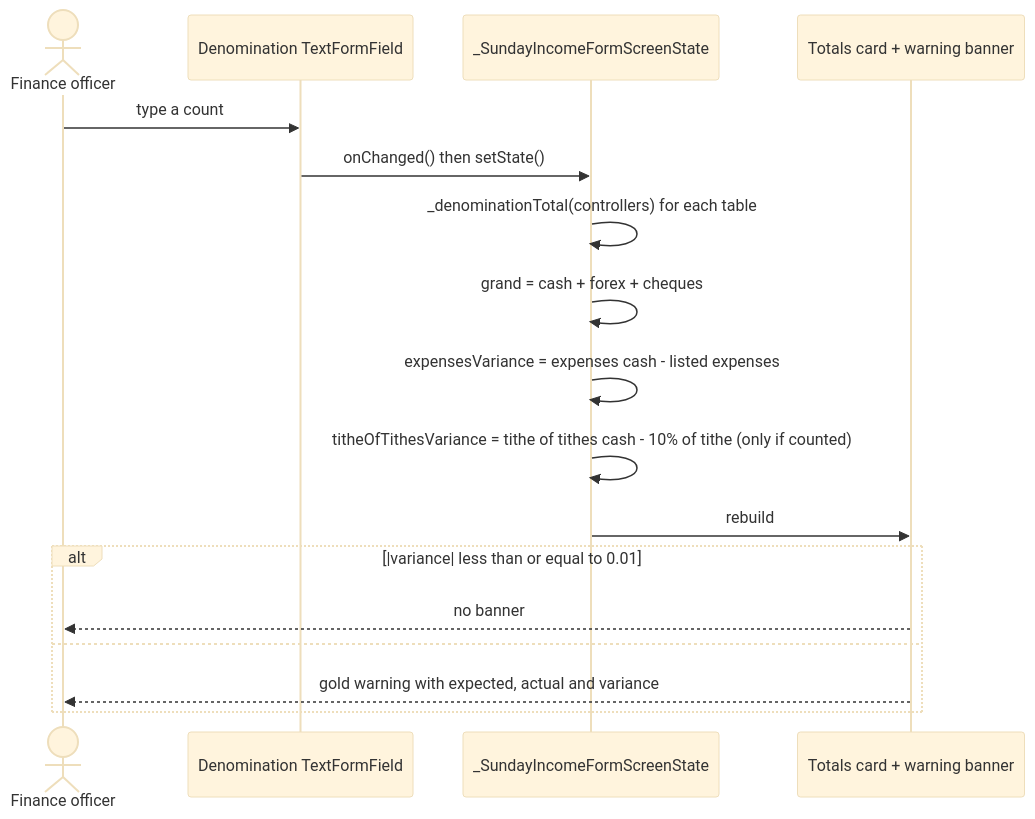
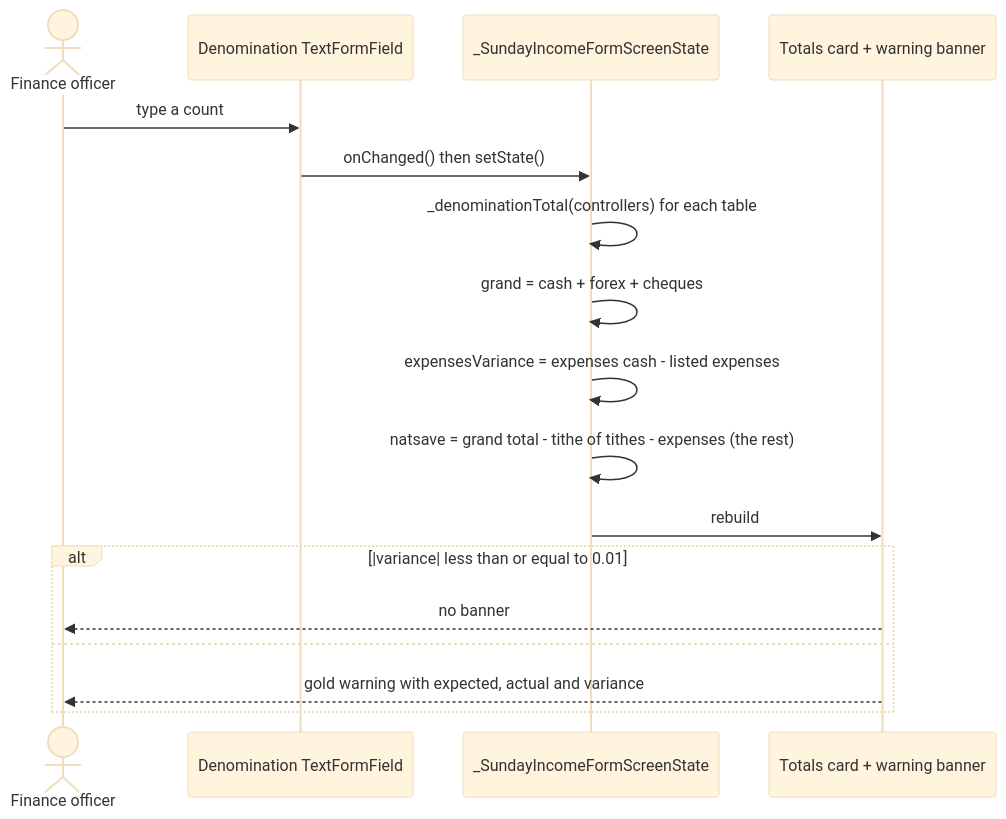
One commit to kasondebbuku-spec/Lukulu-Bread-of-Life-Church changed diagram 12 of 12 in docs/SEQUENCE_DIAGRAMS.md. Above: the diagram before and after it, drawn with Mermaid (base theme). The commit also changed other lines of this file and 15 other files, not shown here.

First line of the commit message:
Calculate the Natsave deposit as the rest; drop the two cash counts

````diff
--- a/docs/SEQUENCE_DIAGRAMS.md
+++ b/docs/SEQUENCE_DIAGRAMS.md
@@ -339,20 +339,20 @@
 ```mermaid
 sequenceDiagram
     actor F as Finance officer
     participant Tf as Denomination TextFormField
     participant State as _SundayIncomeFormScreenState
     participant UI as Totals card + warning banner
 
     F->>Tf: type a count
     Tf->>State: onChanged() then setState()
     State->>State: _denominationTotal(controllers) for each table
     State->>State: grand = cash + forex + cheques
     State->>State: expensesVariance = expenses cash - listed expenses
-    State->>State: titheOfTithesVariance = tithe of tithes cash - 10% of tithe (only if counted)
+    State->>State: natsave = grand total - tithe of tithes - expenses (the rest)
     State->>UI: rebuild
     alt |variance| less than or equal to 0.01
         UI-->>F: no banner
     else
         UI-->>F: gold warning with expected, actual and variance
     end
 ```
````
